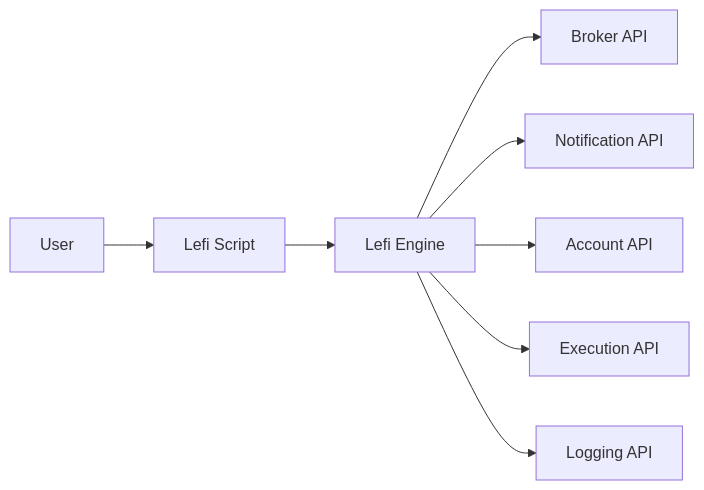
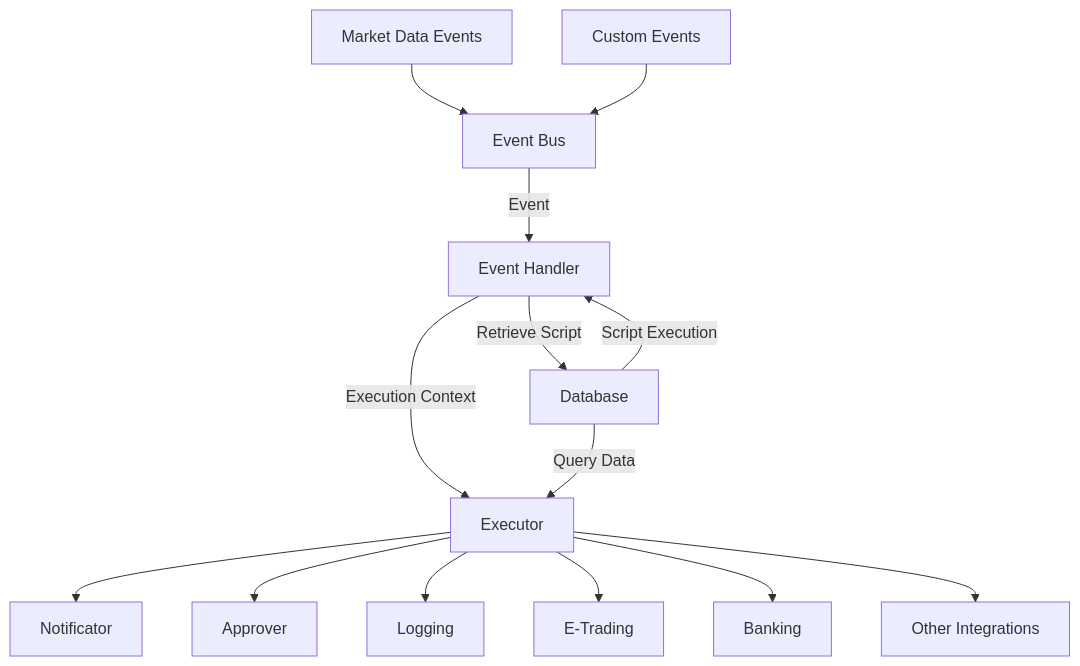
Before and after one commit to jmelo11/scripting: the second of 2 diagrams in ARQUITECTURE.md, drawn with Mermaid. The commit also changed other lines of this file, not shown here.

Commit message:
added diagrams

````diff
--- a/ARQUITECTURE.md
+++ b/ARQUITECTURE.md
@@ -11,10 +34,16 @@
 ```mermaid
-flowchart LR
-    User[User] --> Lefi[Lefi Script]
-    Lefi --> LefiEngine[Lefi Engine]
-    LefiEngine --> BrokerAPI[Broker API]
-    LefiEngine --> NotificationAPI[Notification API]
-    LefiEngine --> AccountAPI[Account API]
-    LefiEngine --> ExecutionAPI[Execution API]
-    LefiEngine --> LoggingAPI[Logging API]
+graph TD
+    MDP[Market Data Events] -->Bus[Event Bus]
+    EP[Custom Events] -->Bus[Event Bus]
+    Bus --> |Event|CF[Event Handler]
+    CF --> |Retrieve Script|DB[Database]
+    DB --> |Script Execution|CF
+    CF --> |Execution Context|EX[Executor]    
+    DB --> |Query Data|EX
+    EX --> N[Notificator]
+    EX --> A[Approver]
+    EX --> C[Logging]
+    EX --> T[E-Trading]
+    EX --> B[Banking]
+    EX --> O[Other Integrations]
 ```
````
